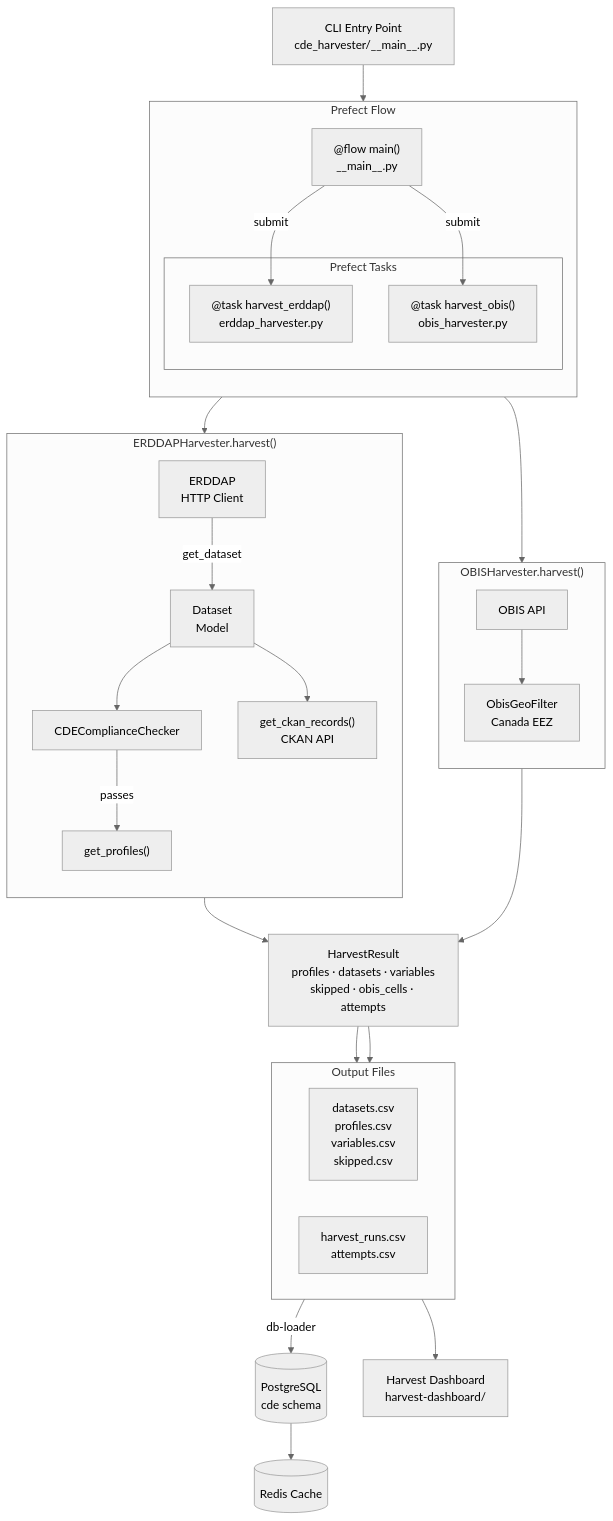
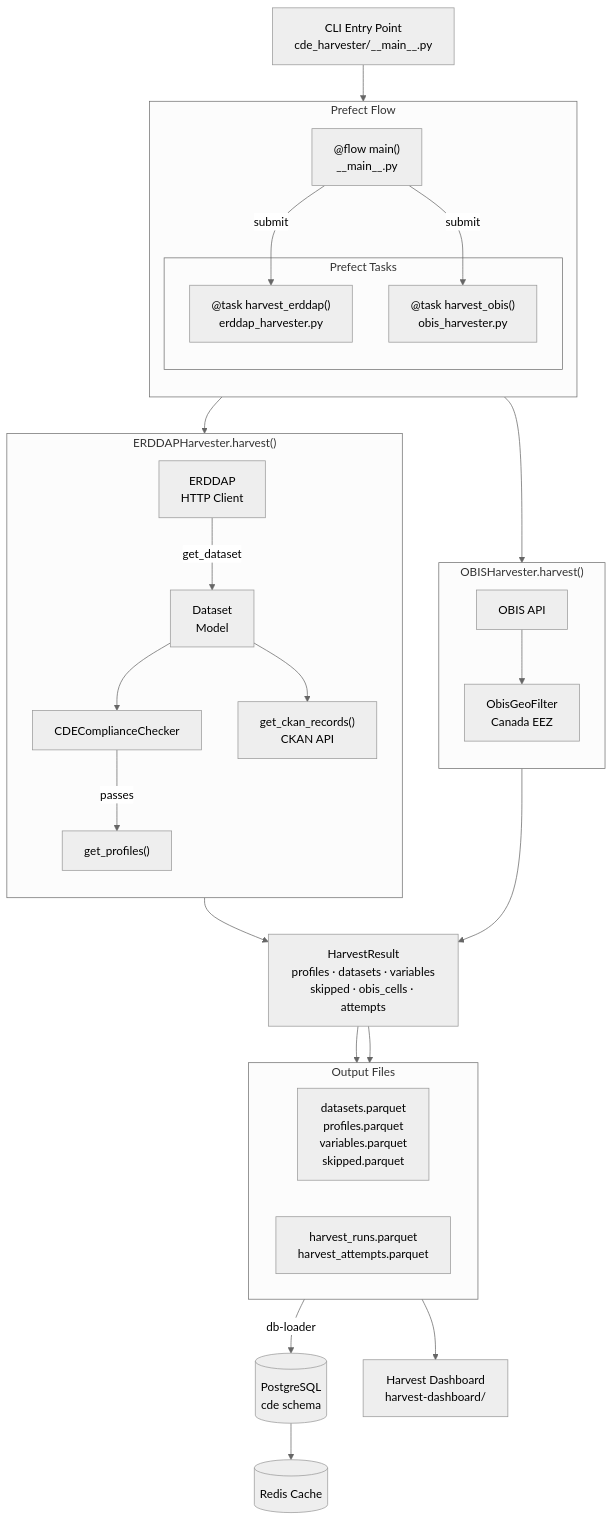
The first of 2 diagrams in harvester/uml_diagram.md (cioos-siooc/explore-cioos), drawn with Mermaid (neutral theme) before and after one commit. The commit also changed 15 other files, not shown here.

````diff
--- a/harvester/uml_diagram.md
+++ b/harvester/uml_diagram.md
@@ -7,64 +7,64 @@
 ```mermaid
 flowchart TD
     CLI["CLI Entry Point\ncde_harvester/__main__.py"]
 
     subgraph PrefectFlow["Prefect Flow"]
         direction TB
         Main["@flow main()\n__main__.py"]
 
         subgraph Tasks["Prefect Tasks"]
             ET["@task harvest_erddap()\nerddap_harvester.py"]
             OT["@task harvest_obis()\nobis_harvester.py"]
         end
     end
 
     subgraph ERDDAPHarvest["ERDDAPHarvester.harvest()"]
         direction TB
         ERDDAP_CLIENT["ERDDAP\nHTTP Client"]
         DS["Dataset\nModel"]
         CC["CDEComplianceChecker"]
         GP["get_profiles()"]
         CKAN_API["get_ckan_records()\nCKAN API"]
     end
 
     subgraph OBISHarvest["OBISHarvester.harvest()"]
         direction TB
         OBIS_API["OBIS API"]
         GF["ObisGeoFilter\nCanada EEZ"]
     end
 
     HR["HarvestResult\nprofiles · datasets · variables\nskipped · obis_cells · attempts"]
 
     subgraph CSVOutput["Output Files"]
         direction LR
-        CSV["datasets.csv\nprofiles.csv\nvariables.csv\nskipped.csv"]
-        AUDIT["harvest_runs.csv\nattempts.csv"]
+        CSV["datasets.parquet\nprofiles.parquet\nvariables.parquet\nskipped.parquet"]
+        AUDIT["harvest_runs.parquet\nharvest_attempts.parquet"]
     end
 
     PG[("PostgreSQL\ncde schema")]
     RedisCache[("Redis Cache")]
     Dashboard["Harvest Dashboard\nharvest-dashboard/"]
 
     CLI --> Main
     Main -->|submit| ET
     Main -->|submit| OT
 
     ET --> ERDDAPHarvest
     ERDDAP_CLIENT -->|get_dataset| DS
     DS --> CC
     CC -->|passes| GP
     DS --> CKAN_API
 
     OT --> OBISHarvest
     OBIS_API --> GF
 
     ERDDAPHarvest --> HR
     OBISHarvest --> HR
 
     HR --> CSV
     HR --> AUDIT
 
     CSV -->|db-loader| PG
     PG --> RedisCache
     AUDIT --> Dashboard
 ```
````
